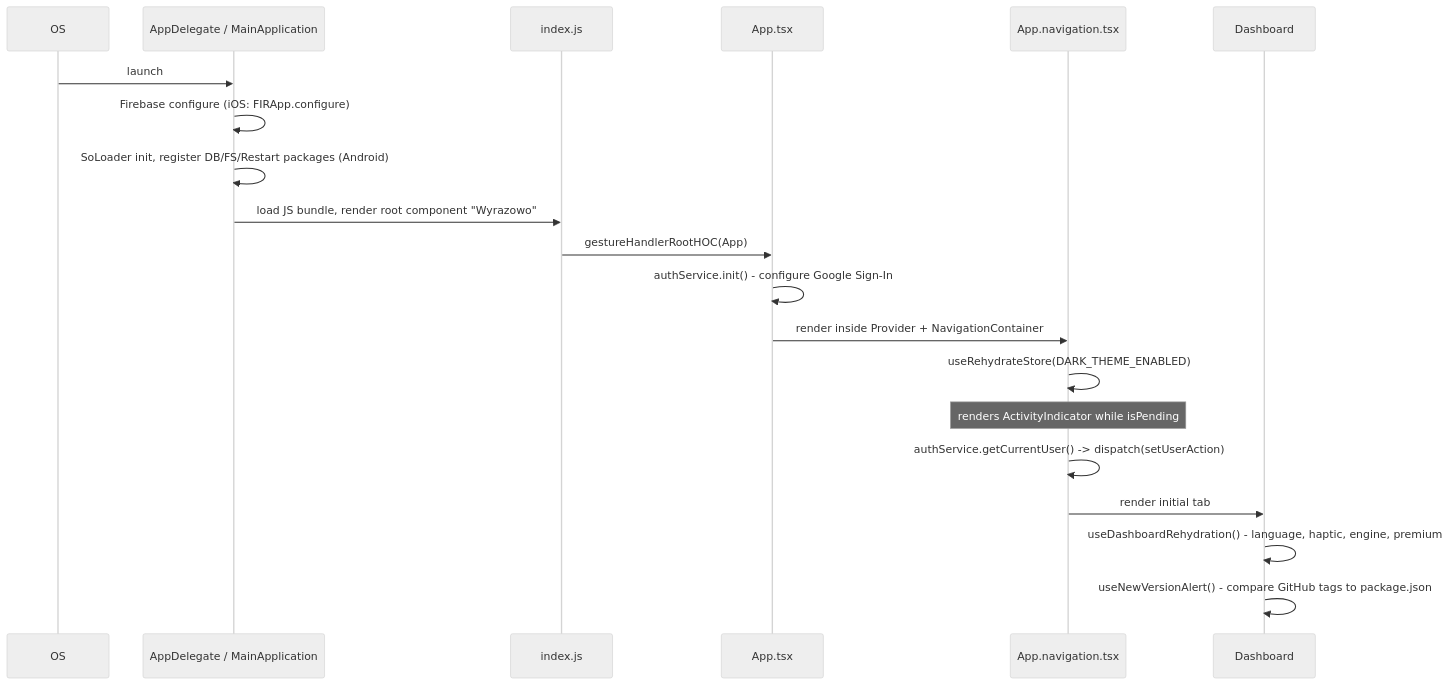
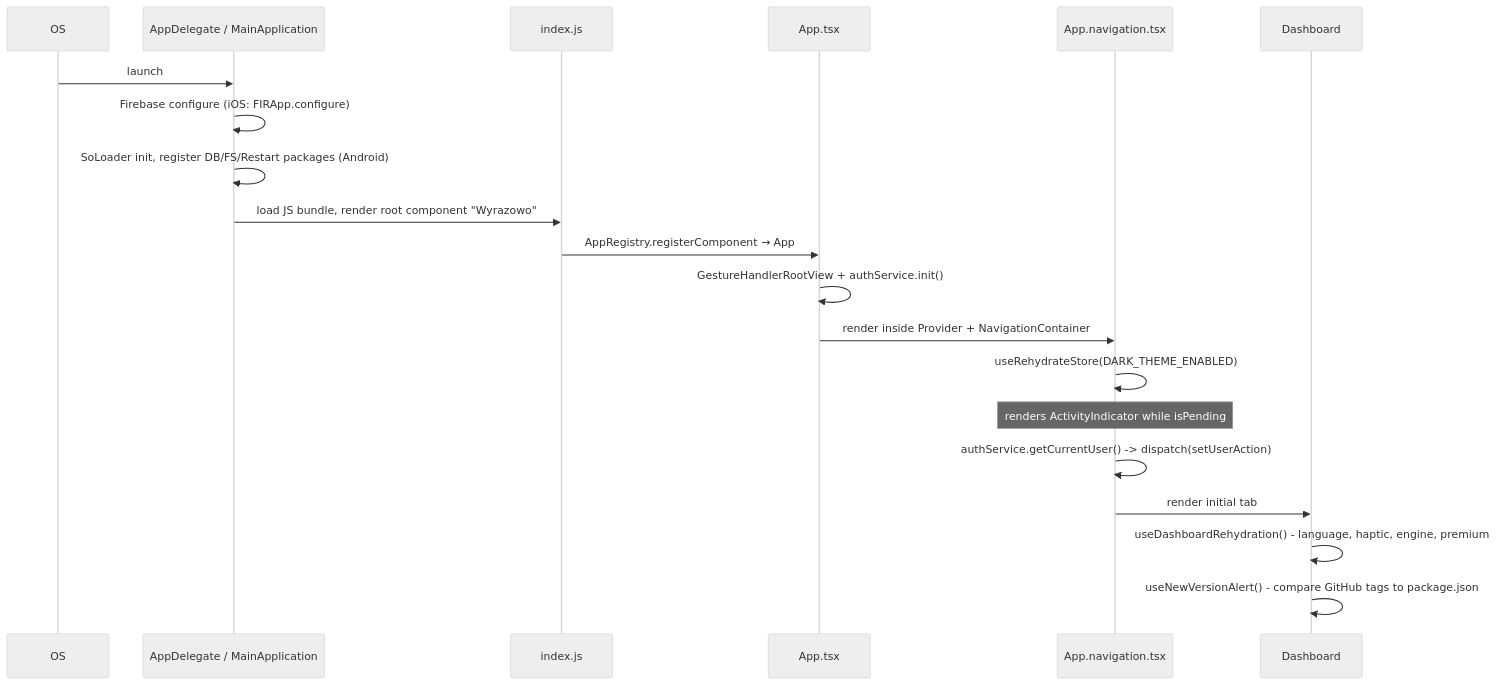
The second of 3 diagrams in docs/01-architecture.md (akruczek/wyrazowo), drawn with Mermaid (neutral theme) before and after one commit. The commit also changed other lines of this file and 5 other files, not shown here.

First line of the commit message:
v1.23.0 replace removed gestureHandlerRootHOC with GestureHandlerRootView

````diff
--- a/docs/01-architecture.md
+++ b/docs/01-architecture.md
@@ -64,23 +64,23 @@
 ```mermaid
 sequenceDiagram
     participant OS
     participant Native as AppDelegate / MainApplication
     participant Index as index.js
     participant App as App.tsx
     participant Nav as App.navigation.tsx
     participant Dash as Dashboard
 
     OS->>Native: launch
     Native->>Native: Firebase configure (iOS: FIRApp.configure)
     Native->>Native: SoLoader init, register DB/FS/Restart packages (Android)
     Native->>Index: load JS bundle, render root component "Wyrazowo"
-    Index->>App: gestureHandlerRootHOC(App)
-    App->>App: authService.init() - configure Google Sign-In
+    Index->>App: AppRegistry.registerComponent → App
+    App->>App: GestureHandlerRootView + authService.init()
     App->>Nav: render inside Provider + NavigationContainer
     Nav->>Nav: useRehydrateStore(DARK_THEME_ENABLED)
     Note over Nav: renders ActivityIndicator while isPending
     Nav->>Nav: authService.getCurrentUser() -> dispatch(setUserAction)
     Nav->>Dash: render initial tab
     Dash->>Dash: useDashboardRehydration() - language, haptic, engine, premium
     Dash->>Dash: useNewVersionAlert() - compare GitHub tags to package.json
 ```
````
